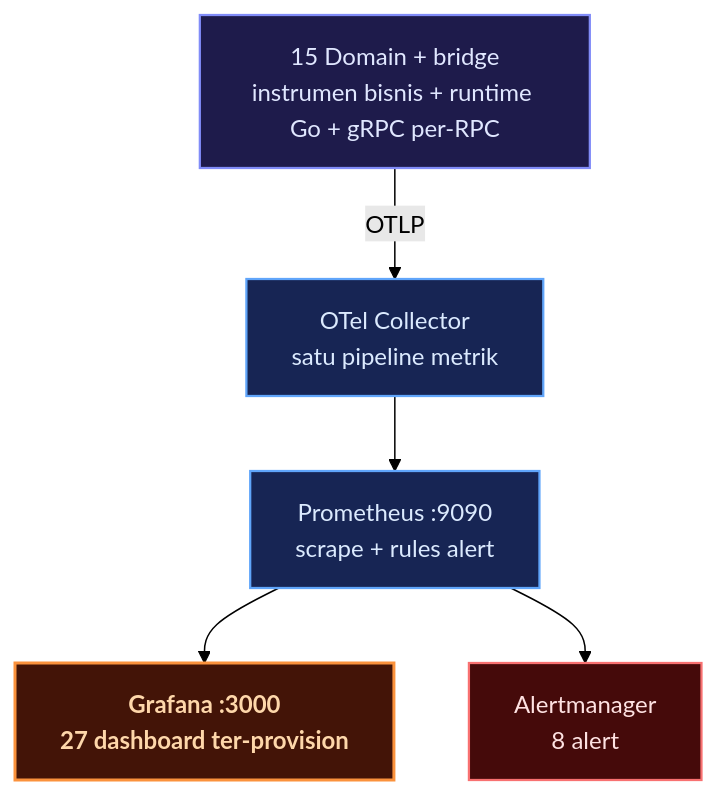
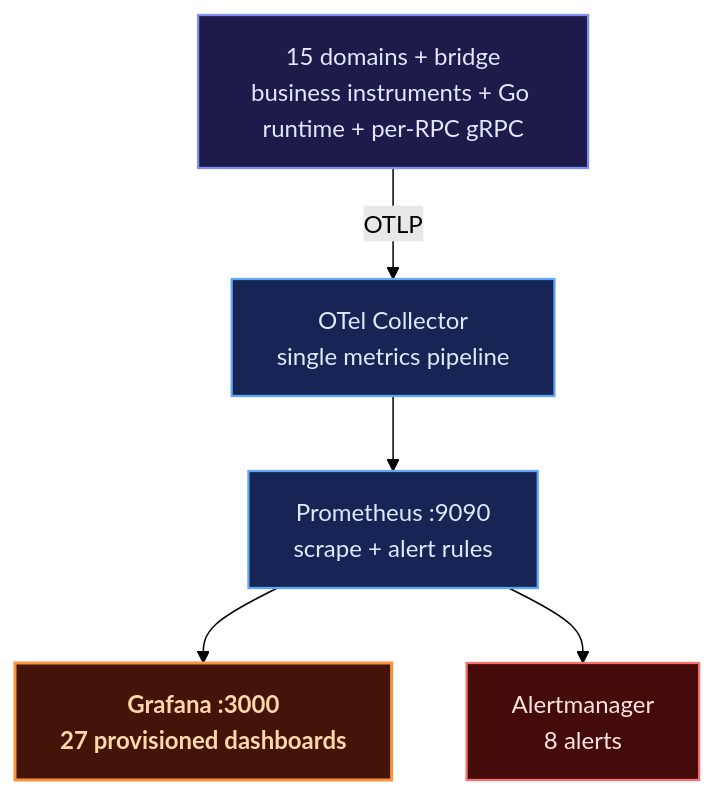
The seventh of 7 diagrams in src/content/portfolio/pieroloka-golang.mdx (renaldyhidayatt/renaldyhidayatt.github.io), drawn with Mermaid (forest theme) before and after one commit. The commit also changed other lines of this file and 97 other files, not shown here.

````diff
--- a/src/content/portfolio/pieroloka-golang.mdx
+++ b/src/content/portfolio/pieroloka-golang.mdx
@@ -403,18 +404,18 @@
 ```mermaid
 graph TB
     classDef svc fill:#1e1b4b,stroke:#818cf8,color:#e0e7ff,stroke-width:1.5px
     classDef collector fill:#172554,stroke:#60a5fa,color:#dbeafe,stroke-width:1.5px
     classDef viz fill:#431407,stroke:#fb923c,color:#fed7aa,stroke-width:2px,font-weight:bold
     classDef alert fill:#450a0a,stroke:#f87171,color:#fee2e2,stroke-width:1.5px
 
-    SVCS["15 Domain + bridge<br/>instrumen bisnis + runtime Go + gRPC per-RPC"]:::svc
-    COL["OTel Collector<br/>satu pipeline metrik"]:::collector
-    PROM["Prometheus :9090<br/>scrape + rules alert"]:::collector
-    GRAF["Grafana :3000<br/>27 dashboard ter-provision"]:::viz
-    AM["Alertmanager<br/>8 alert"]:::alert
+    SVCS["15 domains + bridge<br/>business instruments + Go runtime + per-RPC gRPC"]:::svc
+    COL["OTel Collector<br/>single metrics pipeline"]:::collector
+    PROM["Prometheus :9090<br/>scrape + alert rules"]:::collector
+    GRAF["Grafana :3000<br/>27 provisioned dashboards"]:::viz
+    AM["Alertmanager<br/>8 alerts"]:::alert
 
     SVCS -->|"OTLP"| COL
     COL --> PROM
     PROM --> GRAF
     PROM --> AM
 ```
````
